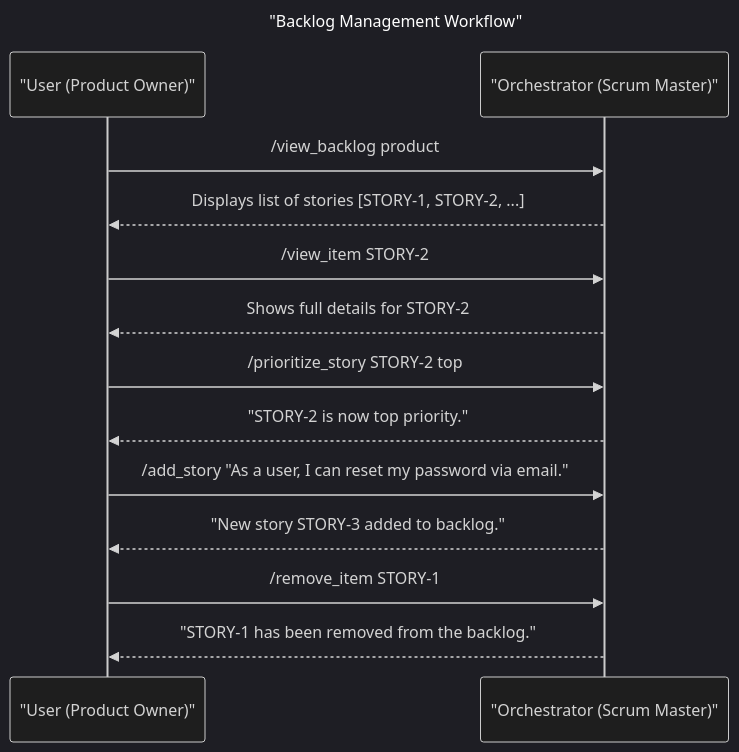
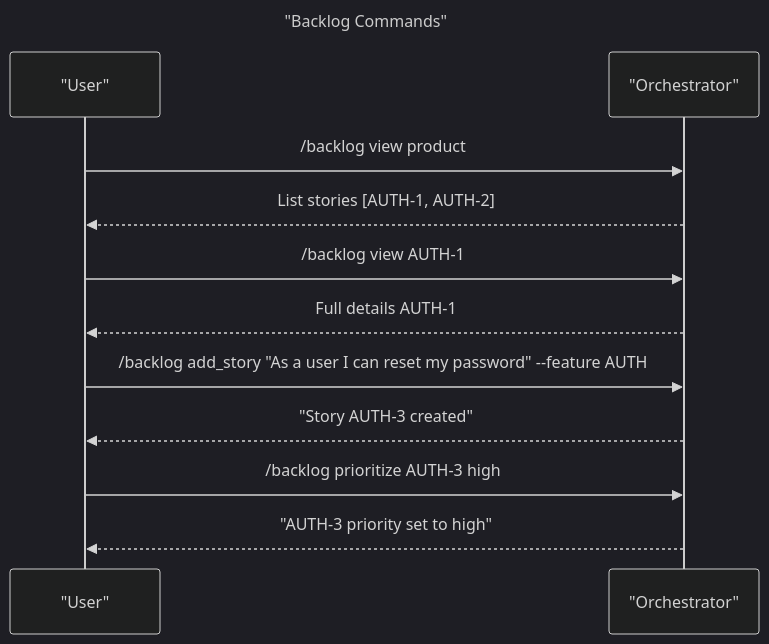
Before and after one commit to jmontp/agent-workflow: the second of 4 diagrams in sequence_diagram.md, drawn with Mermaid. The commit also changed other lines of this file and 4 other files, not shown here.

Commit message:
Refactor HITL commands and sequence diagrams for research mode, and fix Mermaid syntax

````diff
--- a/sequence_diagram.md
+++ b/sequence_diagram.md
@@ -92,23 +71,20 @@
 ```mermaid
-%%{init: {'theme': 'dark', 'themeVariables': { 'primaryColor': '#42a5f5', 'mainBkg': '#1e1e1e', 'textColor': '#ffffff'}}}%%
+%%{init: {'theme': 'dark'}}%%
 sequenceDiagram
-    title "Backlog Management Workflow"
+    title "Backlog Commands"
 
-    participant U as "User (Product Owner)"
-    participant BOT as "Orchestrator (Scrum Master)"
+    participant U as "User"
+    participant BOT as "Orchestrator"
 
-    U->>BOT: /view_backlog product
-    BOT-->>U: Displays list of stories [STORY-1, STORY-2, ...]
+    U->>BOT: /backlog view product
+    BOT-->>U: List stories [AUTH-1, AUTH-2]
 
-    U->>BOT: /view_item STORY-2
-    BOT-->>U: Shows full details for STORY-2
+    U->>BOT: /backlog view AUTH-1
+    BOT-->>U: Full details AUTH-1
 
-    U->>BOT: /prioritize_story STORY-2 top
-    BOT-->>U: "STORY-2 is now top priority."
+    U->>BOT: /backlog add_story "As a user I can reset my password" --feature AUTH
+    BOT-->>U: "Story AUTH-3 created"
 
-    U->>BOT: /add_story "As a user, I can reset my password via email."
-    BOT-->>U: "New story STORY-3 added to backlog."
-
-    U->>BOT: /remove_item STORY-1
-    BOT-->>U: "STORY-1 has been removed from the backlog."
+    U->>BOT: /backlog prioritize AUTH-3 high
+    BOT-->>U: "AUTH-3 priority set to high"
 ```
````
